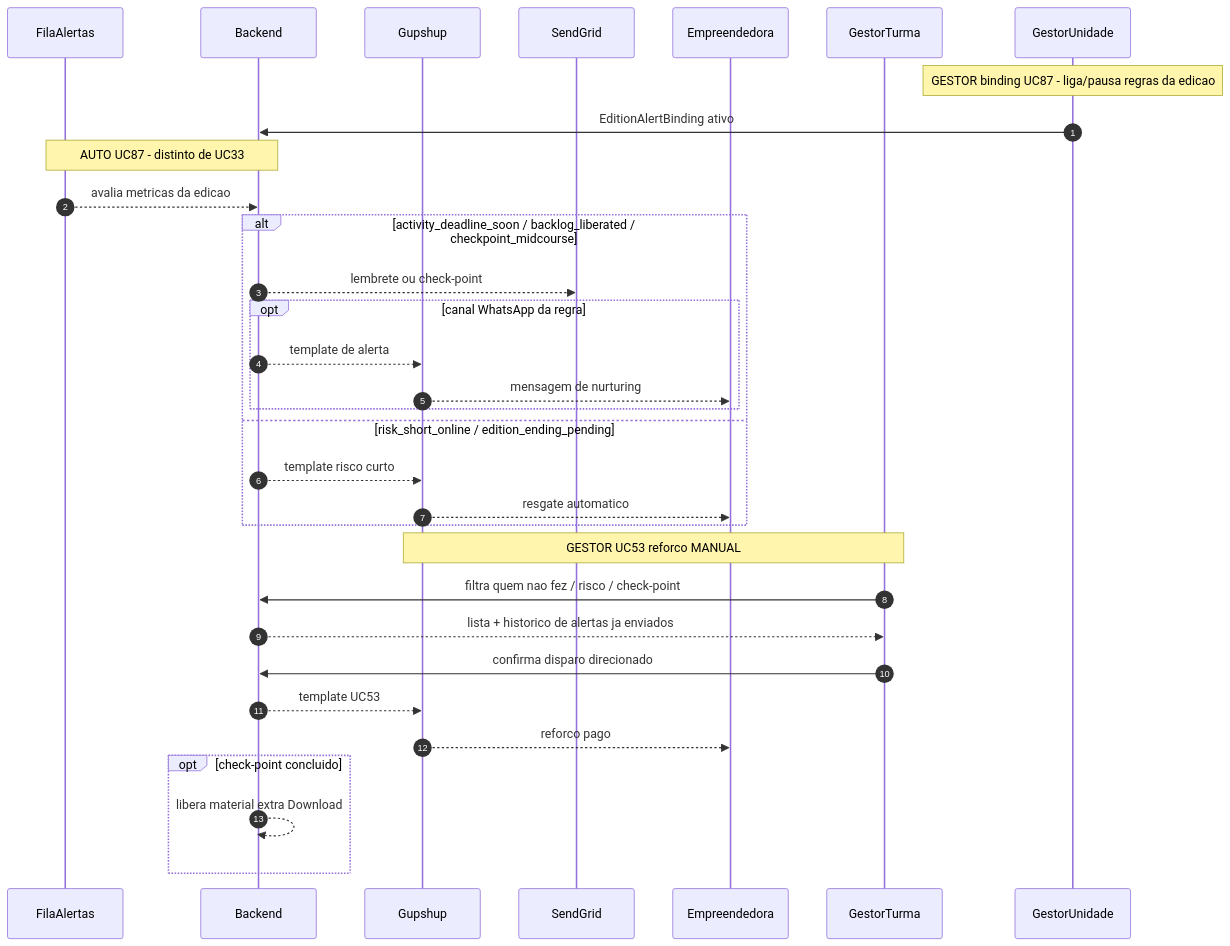
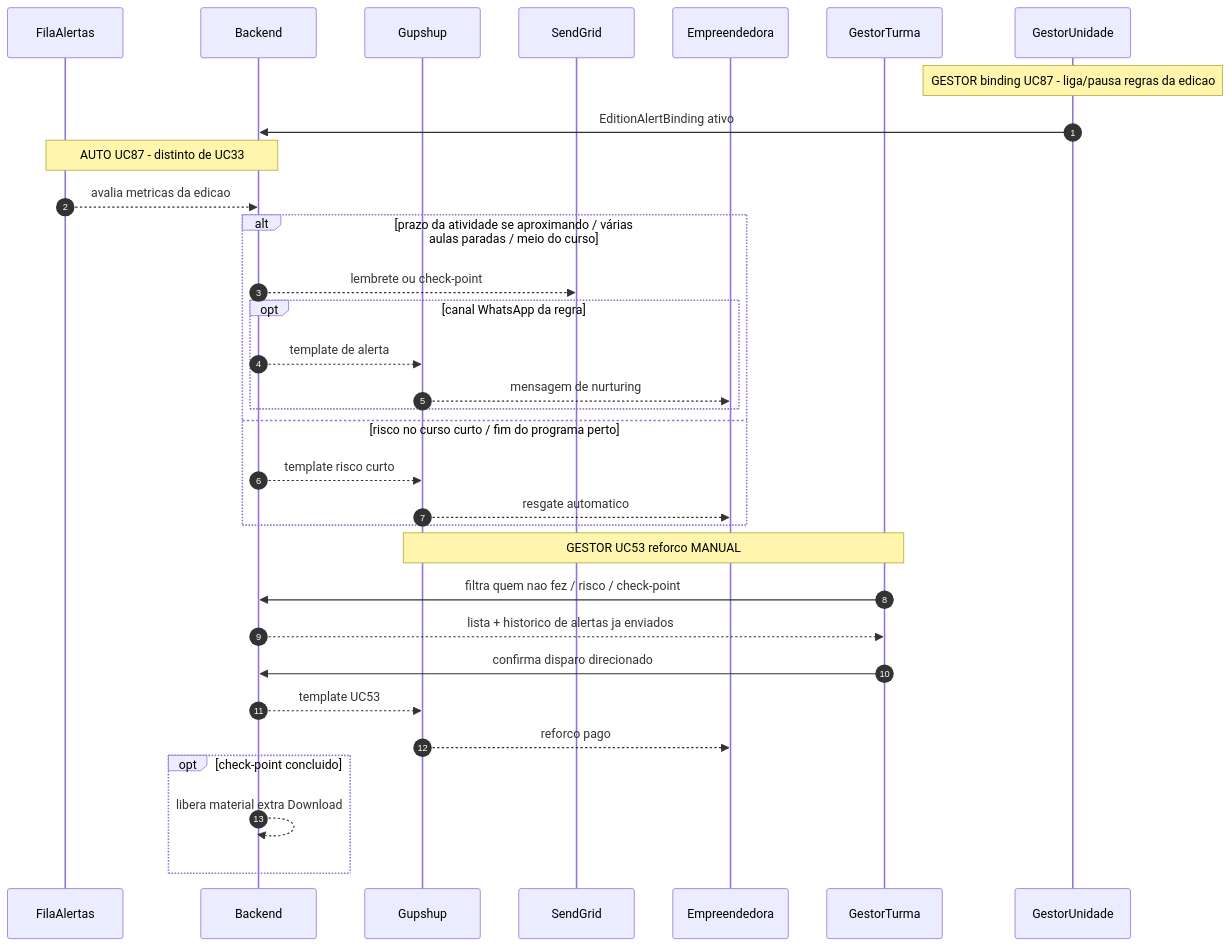
The sixth of 9 diagrams in docs/jornadas/online.md (luciorogeriosp/cm_documentacao), drawn with Mermaid before and after one commit. The commit also changed other lines of this file and 76 other files, not shown here.

````diff
--- a/docs/jornadas/online.md
+++ b/docs/jornadas/online.md
@@ -300,37 +300,37 @@
 ```mermaid
 sequenceDiagram
   autonumber
   participant FilaAlertas
   participant Backend
   participant Gupshup
   participant SendGrid
   participant Empreendedora
   participant GestorTurma
   participant GestorUnidade
 
   Note over GestorUnidade: GESTOR binding UC87 - liga/pausa regras da edicao
   GestorUnidade ->> Backend: EditionAlertBinding ativo
 
   Note over FilaAlertas,Backend: AUTO UC87 - distinto de UC33
   FilaAlertas -->> Backend: avalia metricas da edicao
-  alt activity_deadline_soon / backlog_liberated / checkpoint_midcourse
+  alt prazo da atividade se aproximando / várias aulas paradas / meio do curso
     Backend -->> SendGrid: lembrete ou check-point
     opt canal WhatsApp da regra
       Backend -->> Gupshup: template de alerta
       Gupshup -->> Empreendedora: mensagem de nurturing
     end
-  else risk_short_online / edition_ending_pending
+  else risco no curso curto / fim do programa perto
     Backend -->> Gupshup: template risco curto
     Gupshup -->> Empreendedora: resgate automatico
   end
 
   Note over GestorTurma,Gupshup: GESTOR UC53 reforco MANUAL
   GestorTurma ->> Backend: filtra quem nao fez / risco / check-point
   Backend -->> GestorTurma: lista + historico de alertas ja enviados
   GestorTurma ->> Backend: confirma disparo direcionado
   Backend -->> Gupshup: template UC53
   Gupshup -->> Empreendedora: reforco pago
   opt check-point concluido
     Backend -->> Backend: libera material extra Download
   end
 ```
````
